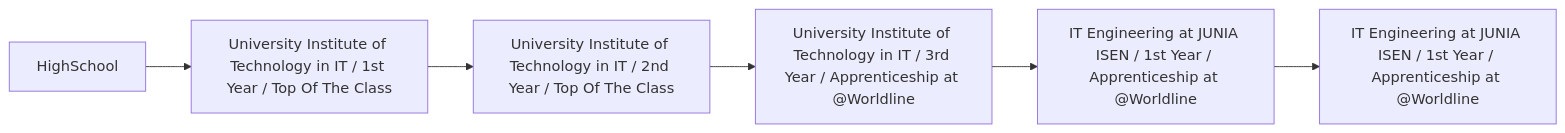
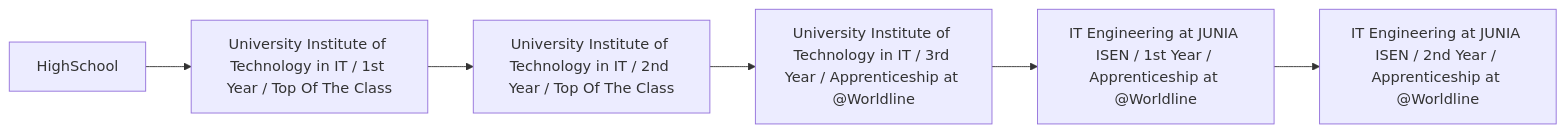
The diagram in README.md (ThibaultLombart/ThibaultLombart), drawn with Mermaid before and after one commit.

Commit message:
Update education year in README.md

````diff
--- a/README.md
+++ b/README.md
@@ -28,8 +28,8 @@
 ```mermaid
   flowchart LR;
       id1[HighSchool]-->id2[University Institute of Technology in IT / 1st Year / Top Of The Class];
       id2-->id3[University Institute of Technology in IT / 2nd Year / Top Of The Class];
       id3-->id4[University Institute of Technology in IT / 3rd Year / Apprenticeship at @Worldline ];
       id4-->id5[IT Engineering at JUNIA ISEN / 1st Year / Apprenticeship at @Worldline ];
-      id5-->id6[IT Engineering at JUNIA ISEN / 1st Year / Apprenticeship at @Worldline ];
+      id5-->id6[IT Engineering at JUNIA ISEN / 2nd Year / Apprenticeship at @Worldline ];
 ```
````
